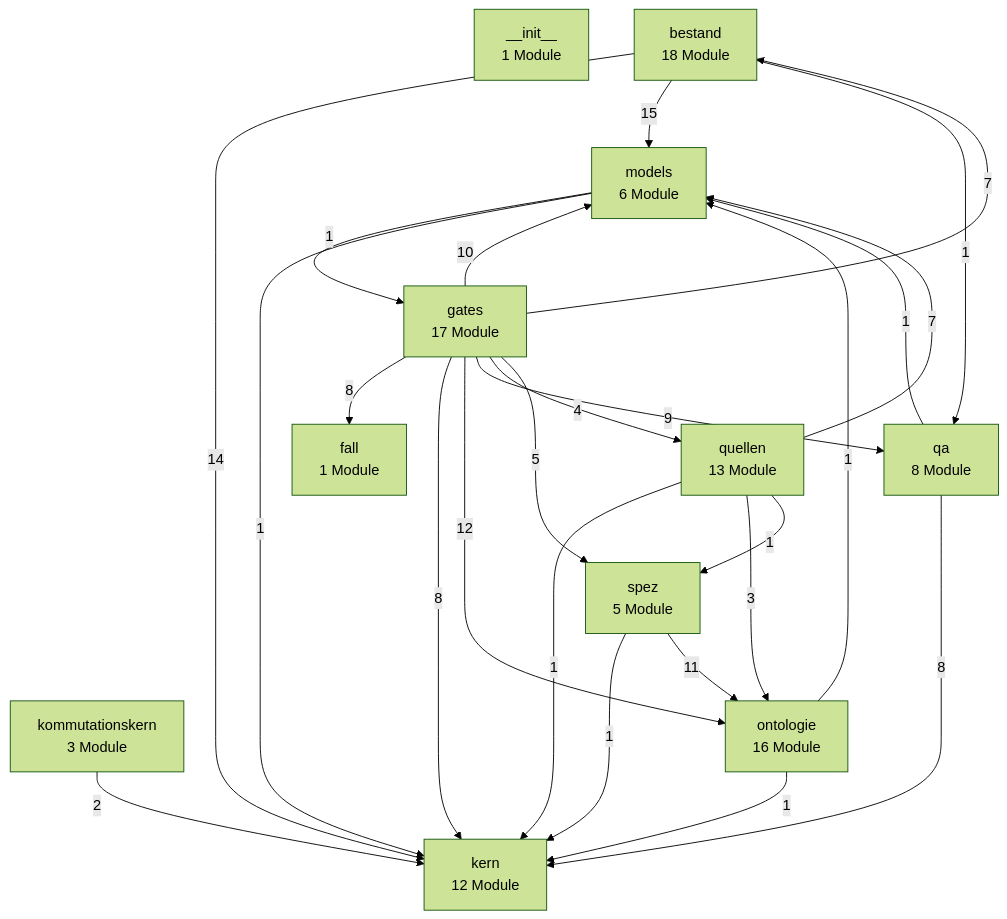
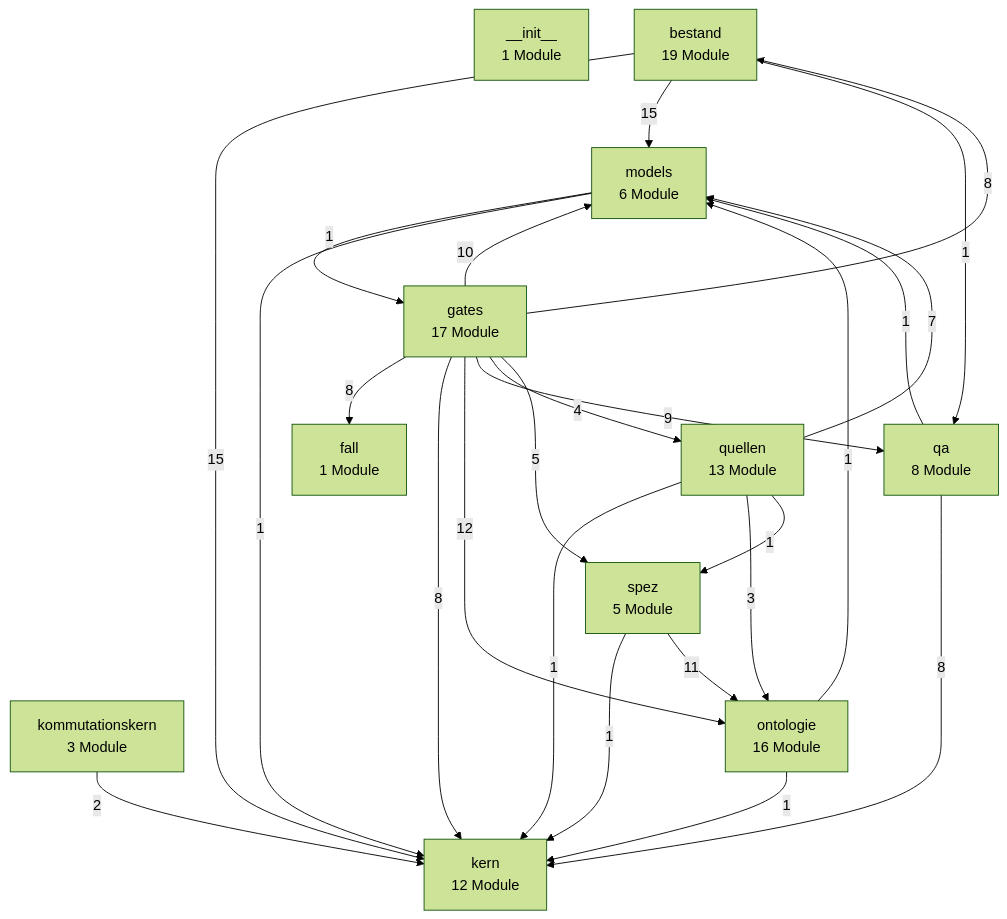
The first of 3 diagrams in docs/architektur/landkarte.md (bartlmac/rechner-pipeline), drawn with Mermaid (forest theme) before and after one commit. The commit also changed other lines of this file and 11 other files, not shown here.

````diff
--- a/docs/architektur/landkarte.md
+++ b/docs/architektur/landkarte.md
@@ -27,39 +27,39 @@
 ```mermaid
 %% Schichten — erzeugt von ontologie.landkarte
 flowchart TD
     n__init__["__init__<br/>1 Module"]
-    bestand["bestand<br/>18 Module"]
+    bestand["bestand<br/>19 Module"]
     fall["fall<br/>1 Module"]
     gates["gates<br/>17 Module"]
     kern["kern<br/>12 Module"]
     kommutationskern["kommutationskern<br/>3 Module"]
     models["models<br/>6 Module"]
     ontologie["ontologie<br/>16 Module"]
     qa["qa<br/>8 Module"]
     quellen["quellen<br/>13 Module"]
     spez["spez<br/>5 Module"]
-    bestand -- 14 --> kern
+    bestand -- 15 --> kern
     bestand -- 15 --> models
     bestand -- 1 --> qa
-    gates -- 7 --> bestand
+    gates -- 8 --> bestand
     gates -- 8 --> fall
     gates -- 8 --> kern
     gates -- 10 --> models
     gates -- 12 --> ontologie
     gates -- 9 --> qa
     gates -- 4 --> quellen
     gates -- 5 --> spez
     kommutationskern -- 2 --> kern
     models -- 1 --> gates
     models -- 1 --> kern
     ontologie -- 1 --> kern
     ontologie -- 1 --> models
     qa -- 8 --> kern
     qa -- 1 --> models
     quellen -- 1 --> kern
     quellen -- 7 --> models
     quellen -- 3 --> ontologie
     quellen -- 1 --> spez
     spez -- 1 --> kern
     spez -- 11 --> ontologie
 ```
````
